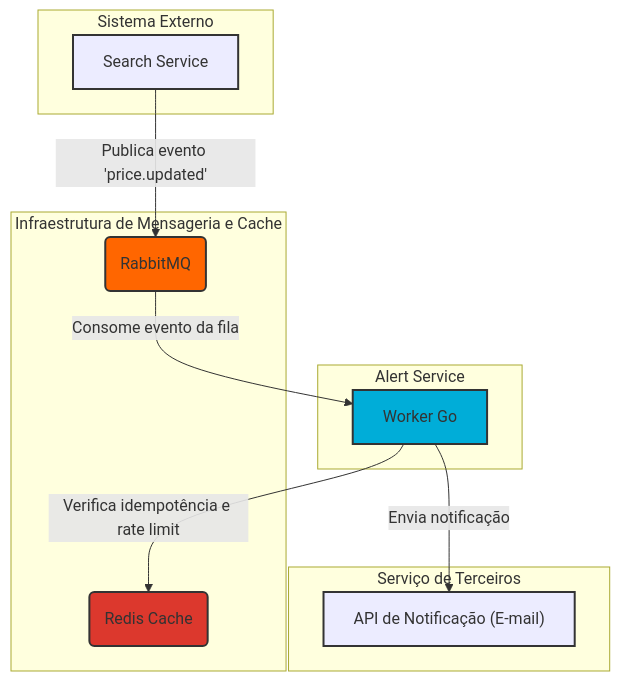
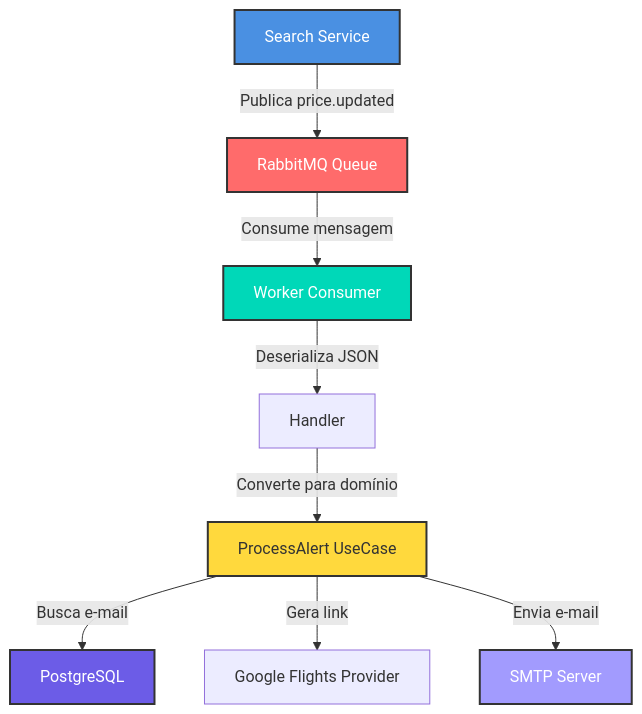
One commit to Luzin7/alert-service changed the diagram in README.md. Above: the diagram before and after it, drawn with Mermaid. The commit also changed other lines of this file, not shown here.

Commit message:
docs: update README.md to enhance project overview and architecture details

````diff
--- a/README.md
+++ b/README.md
@@ -20,27 +23,17 @@
 ```mermaid
 graph TD
-    A["Search Service"] -- "Publica evento 'price.updated'" --> B("RabbitMQ")
-    B -- "Consome evento da fila" --> D["Worker Go"]
-    D -- "Verifica idempotência e rate limit" --> C("Redis Cache")
-    D -- "Envia notificação" --> E["API de Notificação (E-mail)"]
-
-    subgraph Sistema Externo
-        A
-    end
-    subgraph "Infraestrutura de Mensageria e Cache"
-        B
-        C
-    end
-    subgraph "Alert Service"
-        D
-    end
-    subgraph "Serviço de Terceiros"
-        E
-    end
-
-    style A fill:#00060,stroke:#333,stroke-width:2px
-    style B fill:#FF6600,stroke:#333,stroke-width:2px
-    style C fill:#DC382D,stroke:#333,stroke-width:2px
-    style D fill:#00ADD8,stroke:#333,stroke-width:2px
-    style E fill:#00060,stroke:#333,stroke-width:2px
+    A[Search Service] -->|Publica price.updated| B[RabbitMQ Queue]
+    B -->|Consume mensagem| C[Worker Consumer]
+    C -->|Deserializa JSON| D[Handler]
+    D -->|Converte para domínio| E[ProcessAlert UseCase]
+    E -->|Busca e-mail| F[PostgreSQL]
+    E -->|Gera link| G[Google Flights Provider]
+    E -->|Envia e-mail| H[SMTP Server]
+    
+    style A fill:#4A90E2,stroke:#333,stroke-width:2px,color:#fff
+    style B fill:#FF6B6B,stroke:#333,stroke-width:2px,color:#fff
+    style C fill:#00D8B8,stroke:#333,stroke-width:2px,color:#fff
+    style E fill:#FFD93D,stroke:#333,stroke-width:2px
+    style F fill:#6C5CE7,stroke:#333,stroke-width:2px,color:#fff
+    style H fill:#A29BFE,stroke:#333,stroke-width:2px,color:#fff
 ```
````
